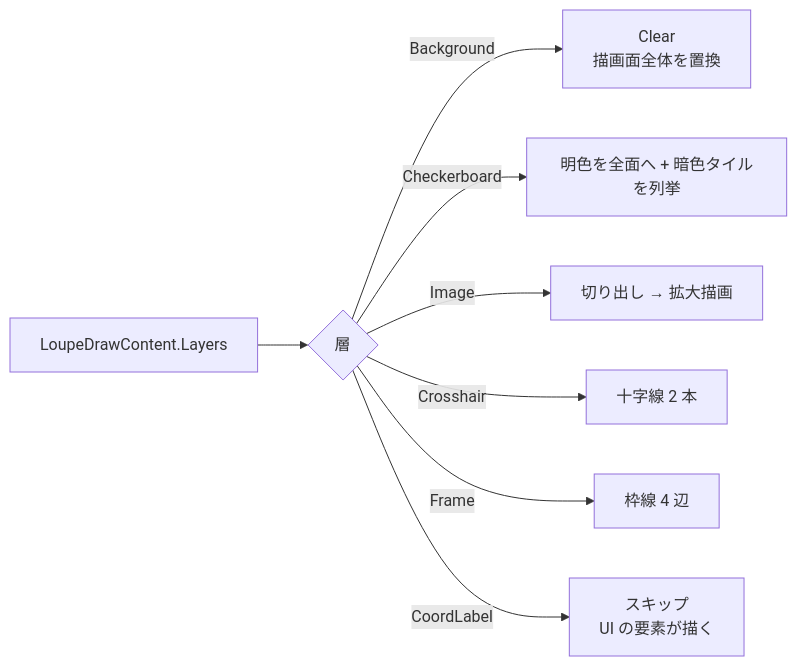
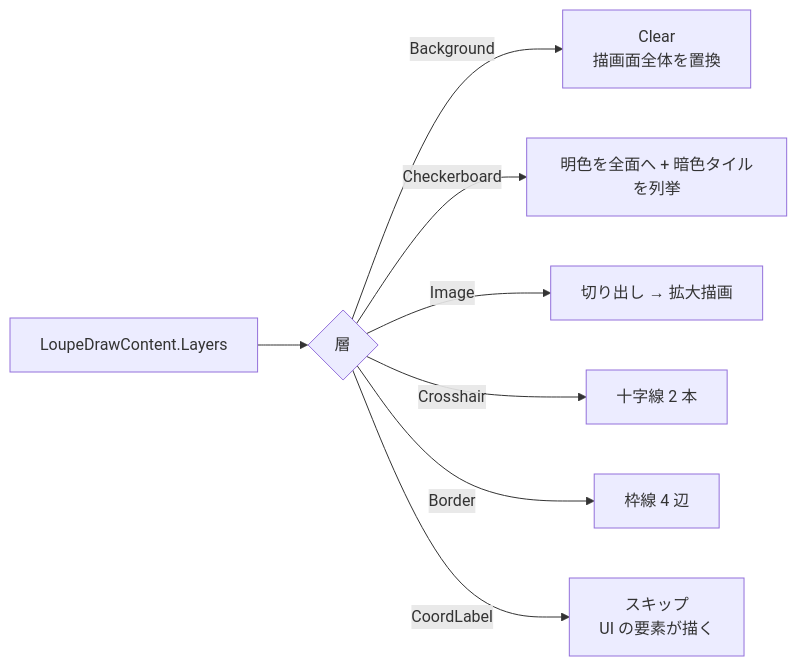
The second of 3 diagrams in src/LoupeControl.UIBase/SPEC_System.md (tomokuni/SaveEvidence), drawn with Mermaid before and after one commit. The commit also changed 17 other files, not shown here.

````diff
--- a/src/LoupeControl.UIBase/SPEC_System.md
+++ b/src/LoupeControl.UIBase/SPEC_System.md
@@ -75,10 +75,10 @@
 ```mermaid
 flowchart LR
     A[LoupeDrawContent.Layers] --> B{層}
     B -->|Background| C[Clear<br/>描画面全体を置換]
     B -->|Checkerboard| D[明色を全面へ + 暗色タイルを列挙]
     B -->|Image| E[切り出し → 拡大描画]
     B -->|Crosshair| F[十字線 2 本]
-    B -->|Frame| G[枠線 4 辺]
+    B -->|Border| G[枠線 4 辺]
     B -->|CoordLabel| H[スキップ<br/>UI の要素が描く]
 ```
````
